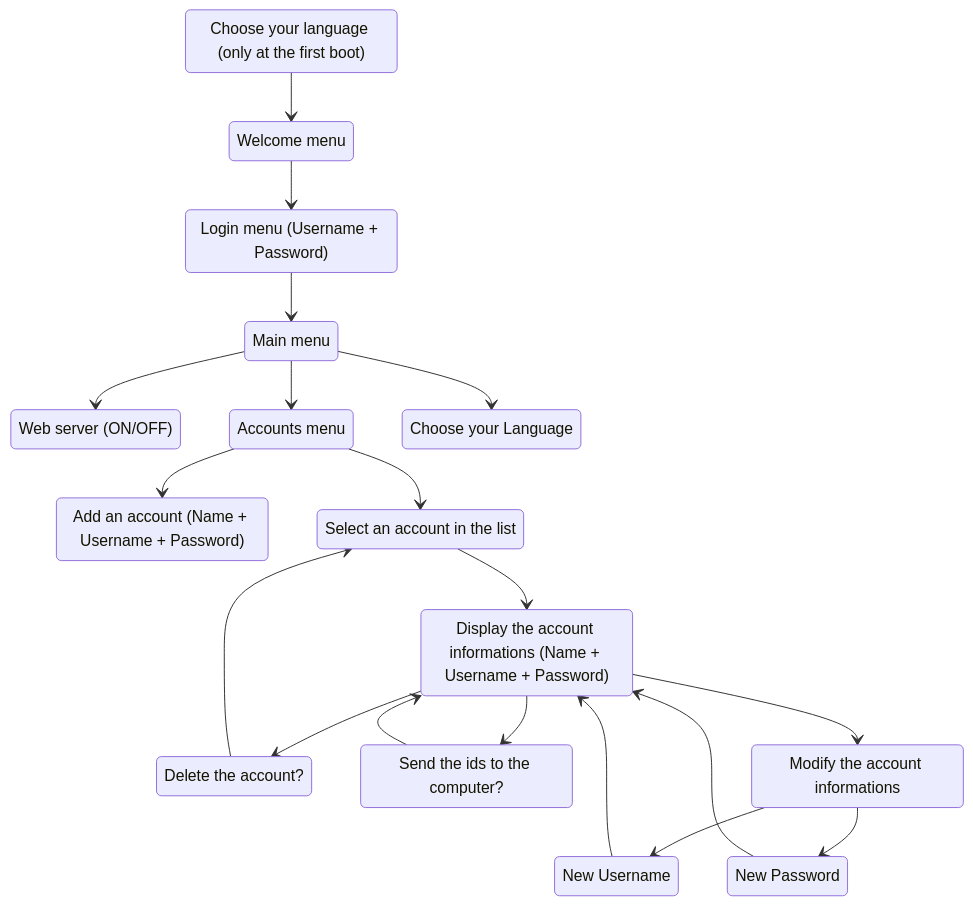
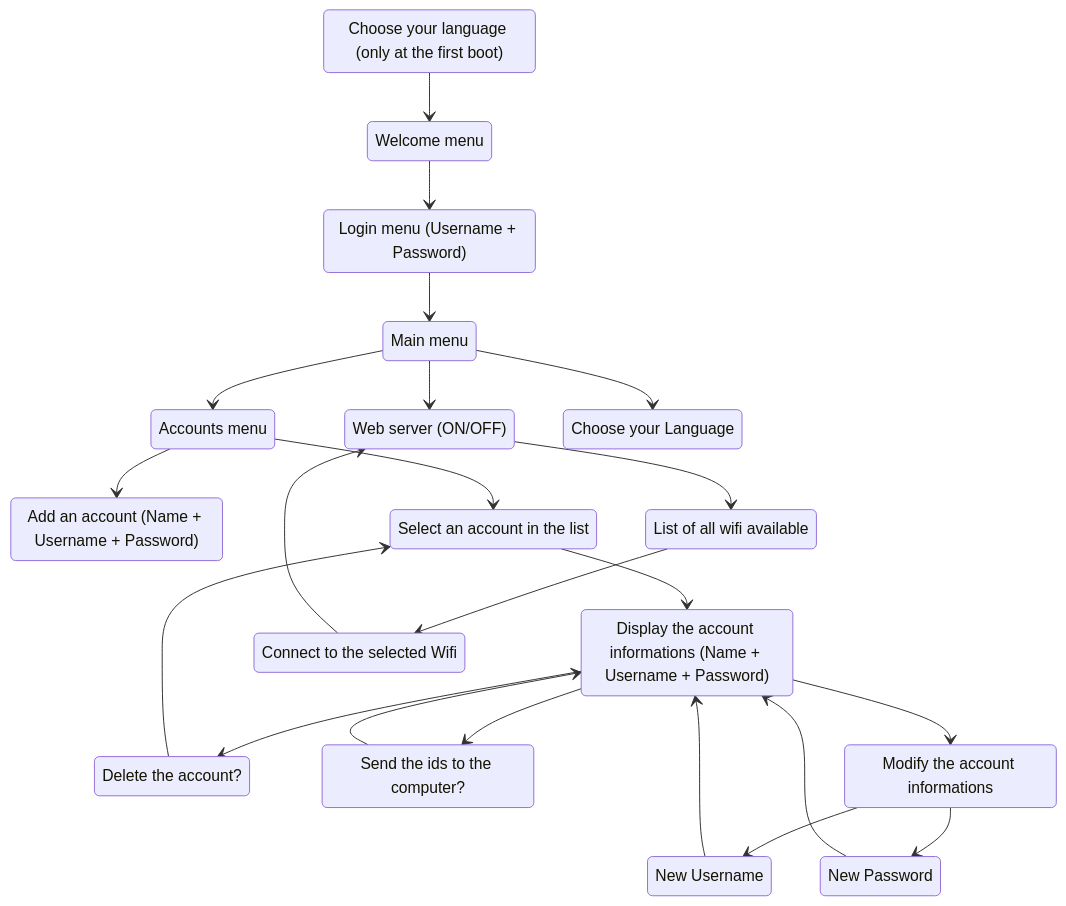
Before and after one commit to kaetir/Keybox-esp: the diagram in ESP32/documentation/MENU.md, drawn with Mermaid.

````diff
--- a/ESP32/documentation/MENU.md
+++ b/ESP32/documentation/MENU.md
@@ -3,37 +3,42 @@
 ```mermaid
 stateDiagram
 Setup : Choose your language (only at the first boot)
 Welcome_menu : Welcome menu
 Login : Login menu (Username + Password)
 Main_menu : Main menu
 Web_server : Web server (ON/OFF)
 Accounts_menu : Accounts menu
 Add_account : Add an account (Name + Username + Password)
 Account_selection : Select an account in the list
 Display_account : Display the account informations (Name + Username + Password)
 Delete_account : Delete the account?
 Send_to_computer : Send the ids to the computer?
 Modify_account : Modify the account informations
 New_username : New Username
 New_password : New Password
 Language : Choose your Language
+connect_wifi : Connect to the selected Wifi
+wifi_list : List of all wifi available
 
 Setup --> Welcome_menu
 Welcome_menu --> Login
 Login --> Main_menu
 Main_menu --> Web_server
 Main_menu --> Accounts_menu
 Main_menu --> Language
 Accounts_menu --> Add_account
 Accounts_menu --> Account_selection
 Account_selection --> Display_account
 Display_account --> Delete_account
 Delete_account --> Account_selection
 Display_account --> Send_to_computer
 Send_to_computer --> Display_account
 Display_account --> Modify_account
 Modify_account --> New_username
 Modify_account --> New_password
 New_username --> Display_account
 New_password --> Display_account
+Web_server --> wifi_list
+wifi_list --> connect_wifi
+connect_wifi --> Web_server
 ```
````
